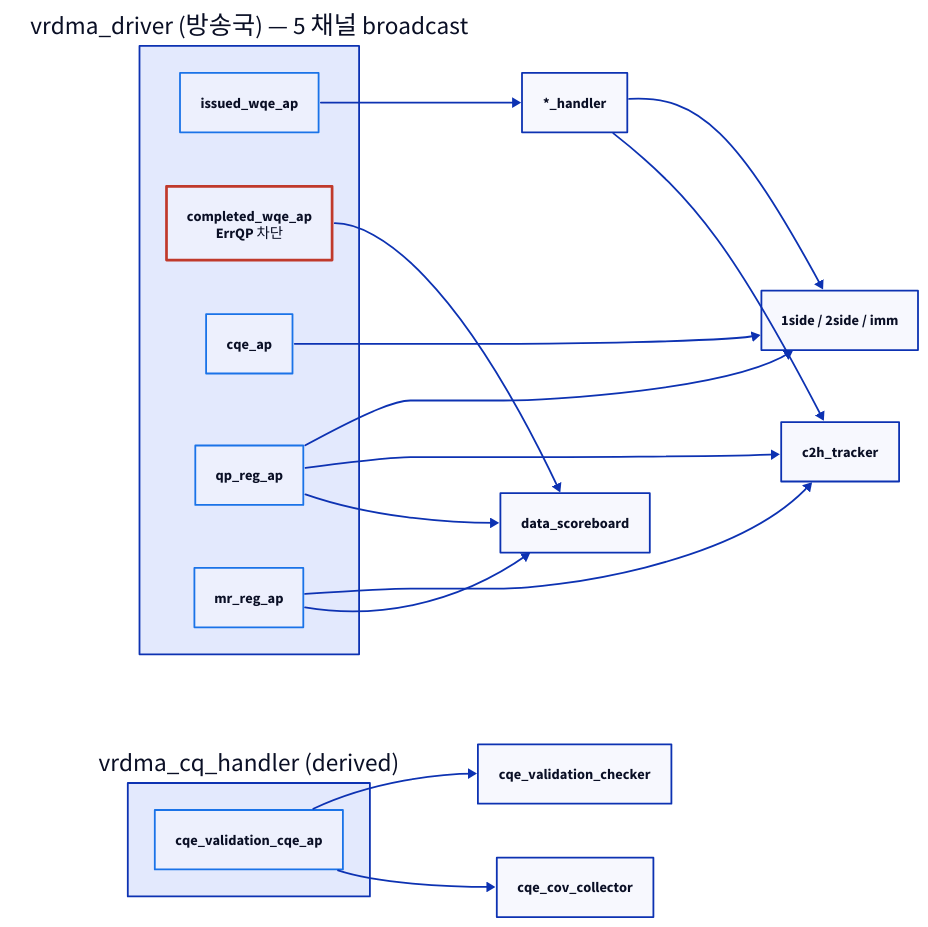
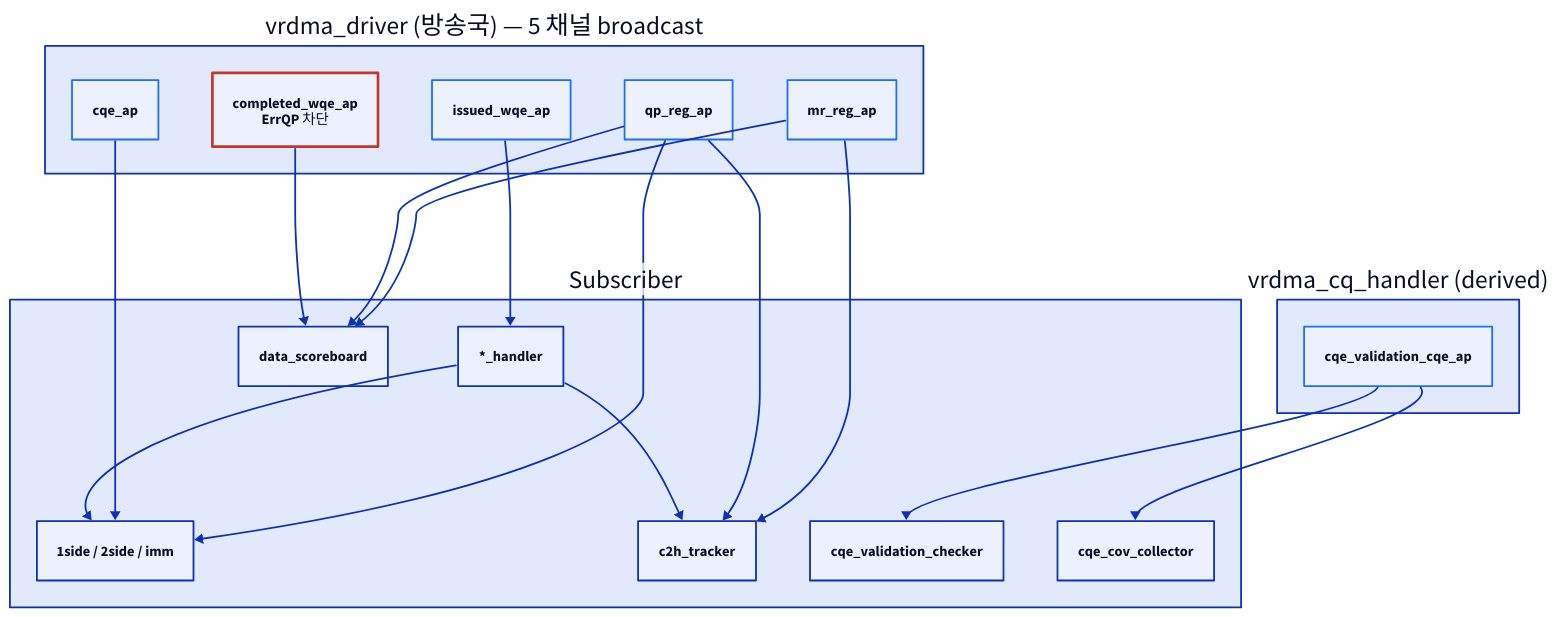
The first of 3 diagrams in topics/rdma_verification/docs/04_analysis_port_topology.md (humbleowl39/DV_SKOOL), drawn with D2 before and after one commit. The commit also changed 90 other files, not shown here.

First line of the commit message:
docs: 전 토픽 다이어그램 정비 — ASCII→D2, mermaid→D2, 과대 D2 가시성 수정

````diff
--- a/topics/rdma_verification/docs/04_analysis_port_topology.md
+++ b/topics/rdma_verification/docs/04_analysis_port_topology.md
@@ -95,35 +95,39 @@
 ```d2
-direction: right
+direction: down
 
 DRV: "vrdma_driver (방송국) — 5 채널 broadcast" {
+  direction: right
   AP1: issued_wqe_ap { style.stroke: "#1a73e8"; style.stroke-width: 2 }
   AP2: "completed_wqe_ap\nErrQP 차단" { style.stroke: "#c0392b"; style.stroke-width: 3 }
   AP3: cqe_ap { style.stroke: "#1a73e8"; style.stroke-width: 2 }
   AP4: qp_reg_ap { style.stroke: "#1a73e8"; style.stroke-width: 2 }
   AP5: mr_reg_ap { style.stroke: "#1a73e8"; style.stroke-width: 2 }
 }
 
 CQH: "vrdma_cq_handler (derived)" {
   APD: cqe_validation_cqe_ap { style.stroke: "#1a73e8"; style.stroke-width: 2 }
 }
 
-HND: "*_handler"
-C123: "1side / 2side / imm"
-CT: c2h_tracker
-SB: data_scoreboard
-CV: cqe_validation_checker
-CC: cqe_cov_collector
+SUBS: "Subscriber" {
+  direction: right
+  HND: "*_handler"
+  C123: "1side / 2side / imm"
+  CT: c2h_tracker
+  SB: data_scoreboard
+  CV: cqe_validation_checker
+  CC: cqe_cov_collector
+}
 
-DRV.AP1 -> HND
-HND -> C123
-HND -> CT
-DRV.AP2 -> SB
-DRV.AP3 -> C123
-DRV.AP4 -> C123
-DRV.AP4 -> CT
-DRV.AP4 -> SB
-DRV.AP5 -> CT
-DRV.AP5 -> SB
-CQH.APD -> CV
-CQH.APD -> CC
+DRV.AP1 -> SUBS.HND
+SUBS.HND -> SUBS.C123
+SUBS.HND -> SUBS.CT
+DRV.AP2 -> SUBS.SB
+DRV.AP3 -> SUBS.C123
+DRV.AP4 -> SUBS.C123
+DRV.AP4 -> SUBS.CT
+DRV.AP4 -> SUBS.SB
+DRV.AP5 -> SUBS.CT
+DRV.AP5 -> SUBS.SB
+CQH.APD -> SUBS.CV
+CQH.APD -> SUBS.CC
 ```
````
